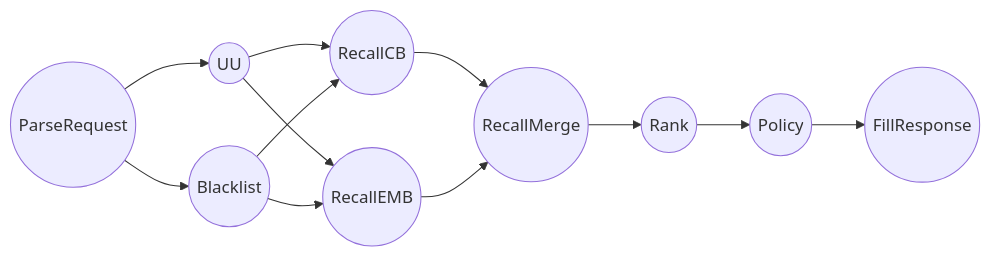
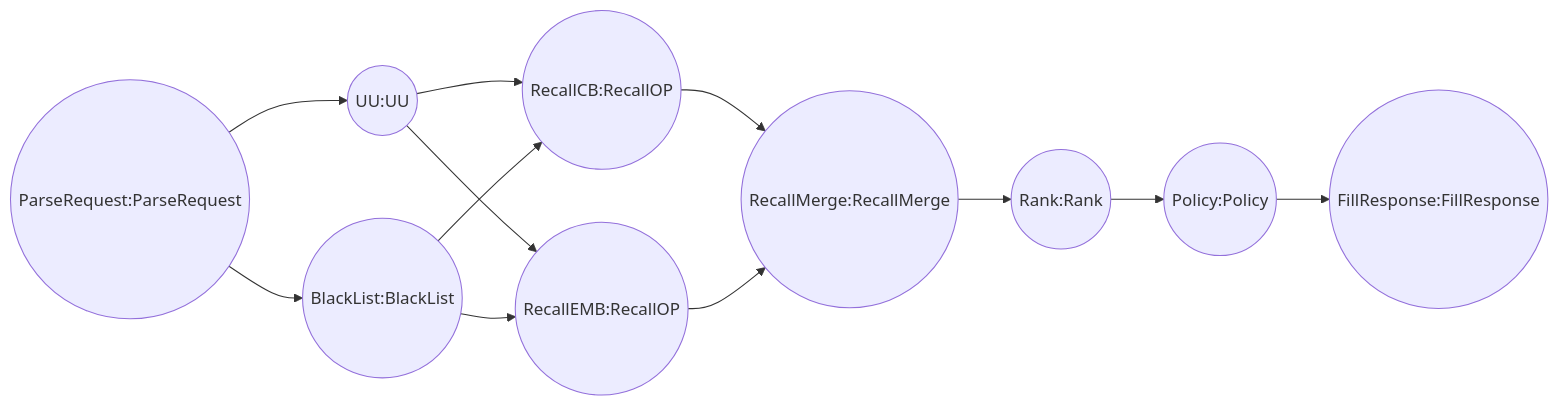
The first of 2 diagrams in README.md (LionkingYang/taskflow), drawn with Mermaid before and after one commit. The commit also changed other lines of this file and 25 other files, not shown here.

First line of the commit message:
图执行最小粒度由任务细化到算子 (#1)

````diff
--- a/README.md
+++ b/README.md
@@ -123,14 +127,14 @@
 ```mermaid
 graph LR
-    A((ParseRequest)) --> B((UU))
-    A((ParseRequest)) --> C((BlackList))
-    B((UU)) --> D((RecallCB))
-    B((UU)) --> E((RecallEMB))
-    C((BlackList))-->D((RecallCB))
-    C((Blacklist))-->E((RecallEMB))
-    D((RecallCB))-->F((RecallMerge))
-    E((RecallEMB))-->F((RecallMerge))
-    F((RecallMerge))-->G((Rank))
-    G((Rank))-->H((Policy))
-    H((Policy))-->I((FillResponse))
+   ParseRequest((ParseRequest:ParseRequest)) --> UU((UU:UU))
+ParseRequest((ParseRequest:ParseRequest)) --> BlackList((BlackList:BlackList))
+UU((UU:UU)) --> RecallCB((RecallCB:RecallOP))
+BlackList((BlackList:BlackList)) --> RecallCB((RecallCB:RecallOP))
+UU((UU:UU)) --> RecallEMB((RecallEMB:RecallOP))
+BlackList((BlackList:BlackList)) --> RecallEMB((RecallEMB:RecallOP))
+RecallCB((RecallCB:RecallOP)) --> RecallMerge((RecallMerge:RecallMerge))
+RecallEMB((RecallEMB:RecallOP)) --> RecallMerge((RecallMerge:RecallMerge))
+RecallMerge((RecallMerge:RecallMerge)) --> Rank((Rank:Rank))
+Rank((Rank:Rank)) --> Policy((Policy:Policy))
+Policy((Policy:Policy)) --> FillResponse((FillResponse:FillResponse))
 ```
````
